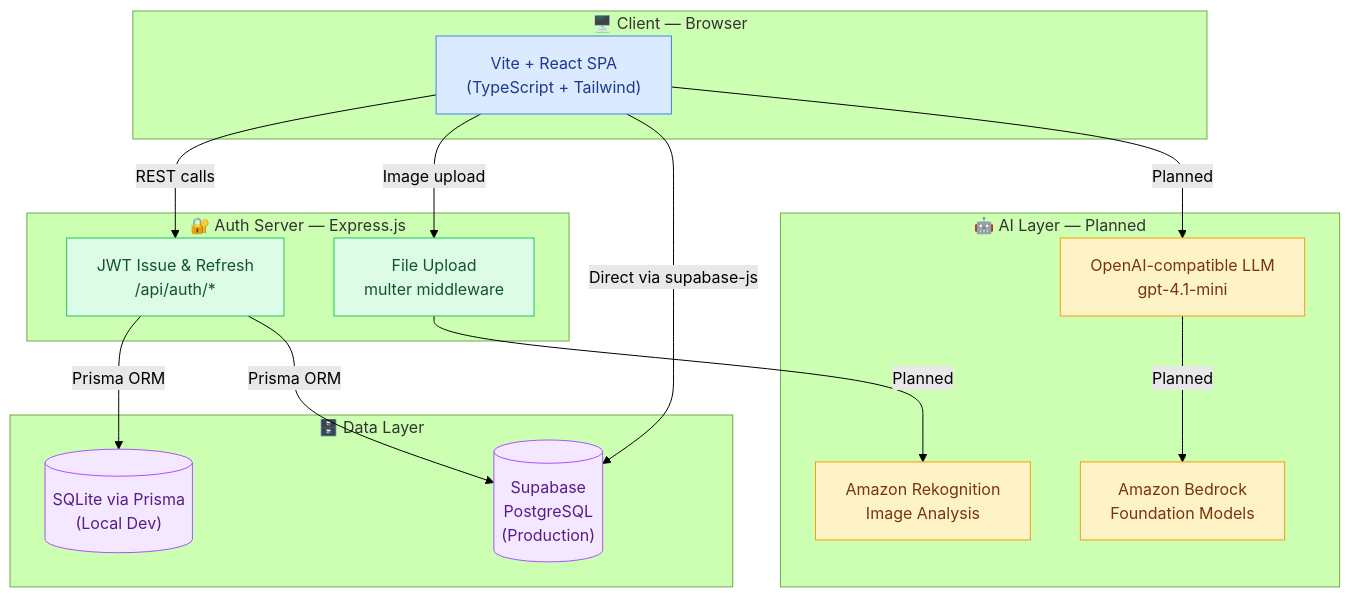
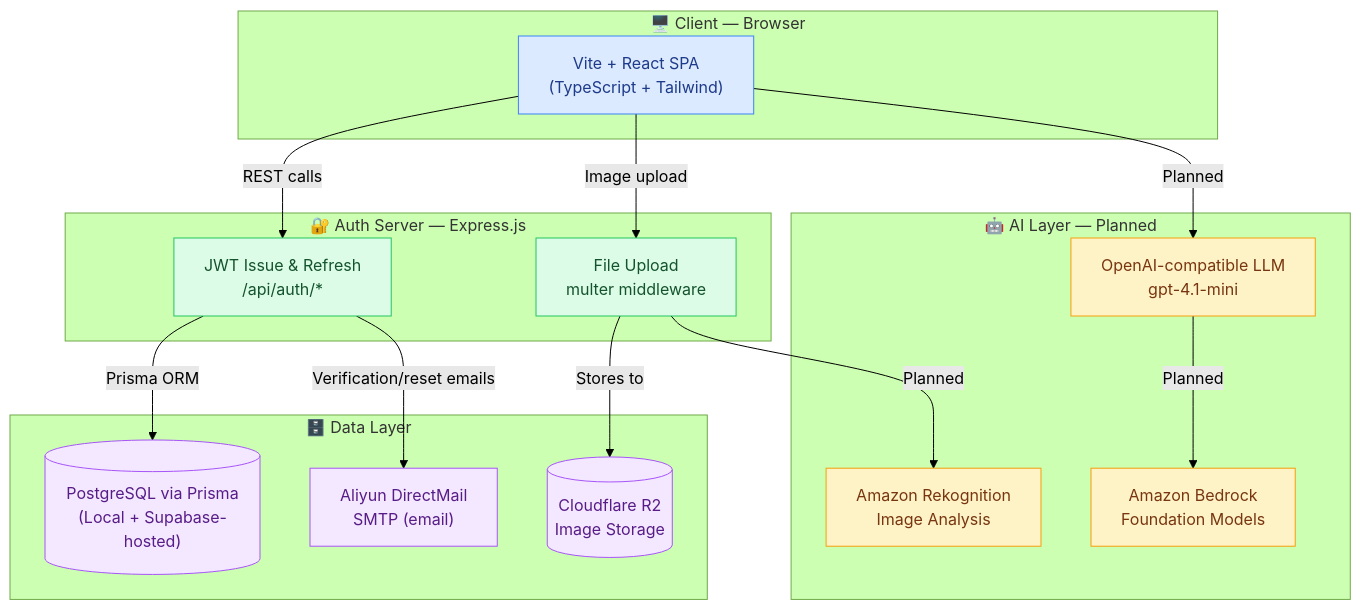
One commit to CircuLink-DKU/CircuLink---WebDesign changed the diagram in README.md. Above: the diagram before and after it, drawn with Mermaid (forest theme). The commit also changed other lines of this file, not shown here.

First line of the commit message:
Update README to reflect current architecture and features

````diff
--- a/README.md
+++ b/README.md
@@ -46,41 +46,42 @@
 ```mermaid
 graph TB
     subgraph Client["🖥️ Client — Browser"]
         SPA["Vite + React SPA\n(TypeScript + Tailwind)"]
     end
 
     subgraph Auth["🔐 Auth Server — Express.js"]
         JWT["JWT Issue & Refresh\n/api/auth/*"]
         Upload["File Upload\nmulter middleware"]
     end
 
     subgraph Data["🗄️ Data Layer"]
-        Supabase[("Supabase\nPostgreSQL\n(Production)")]
-        SQLite[("SQLite via Prisma\n(Local Dev)")]
+        Postgres[("PostgreSQL via Prisma\n(Local + Supabase-hosted)")]
+        R2[("Cloudflare R2\nImage Storage")]
+        SMTP["Aliyun DirectMail\nSMTP (email)"]
     end
 
     subgraph AI["🤖 AI Layer — Planned"]
         LLM["OpenAI-compatible LLM\ngpt-4.1-mini"]
         Rekognition["Amazon Rekognition\nImage Analysis"]
         Bedrock["Amazon Bedrock\nFoundation Models"]
     end
 
     SPA -->|"REST calls"| JWT
     SPA -->|"Image upload"| Upload
-    SPA -->|"Direct via supabase-js"| Supabase
-    JWT -->|"Prisma ORM"| SQLite
-    JWT -->|"Prisma ORM"| Supabase
+    JWT -->|"Prisma ORM"| Postgres
+    Upload -->|"Stores to"| R2
+    JWT -->|"Verification/reset emails"| SMTP
     Upload -->|"Planned"| Rekognition
     SPA -->|"Planned"| LLM
     LLM -->|"Planned"| Bedrock
 
     classDef clientStyle fill:#dbeafe,stroke:#3b82f6,color:#1e3a8a
     classDef authStyle fill:#dcfce7,stroke:#22c55e,color:#14532d
     classDef dataStyle fill:#f3e8ff,stroke:#a855f7,color:#581c87
     classDef aiStyle fill:#fef3c7,stroke:#f59e0b,color:#78350f
 
     class SPA clientStyle
     class JWT,Upload authStyle
-    class Supabase,SQLite dataStyle
+    class Postgres,R2,SMTP dataStyle
     class LLM,Rekognition,Bedrock aiStyle
 ```
````
